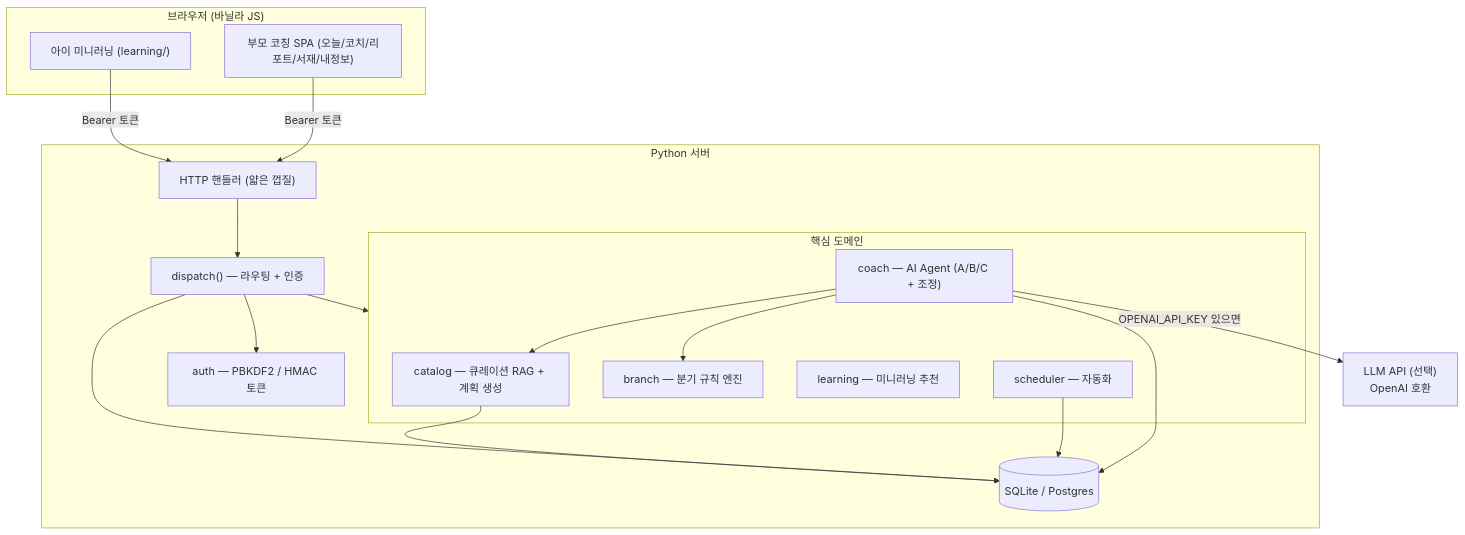
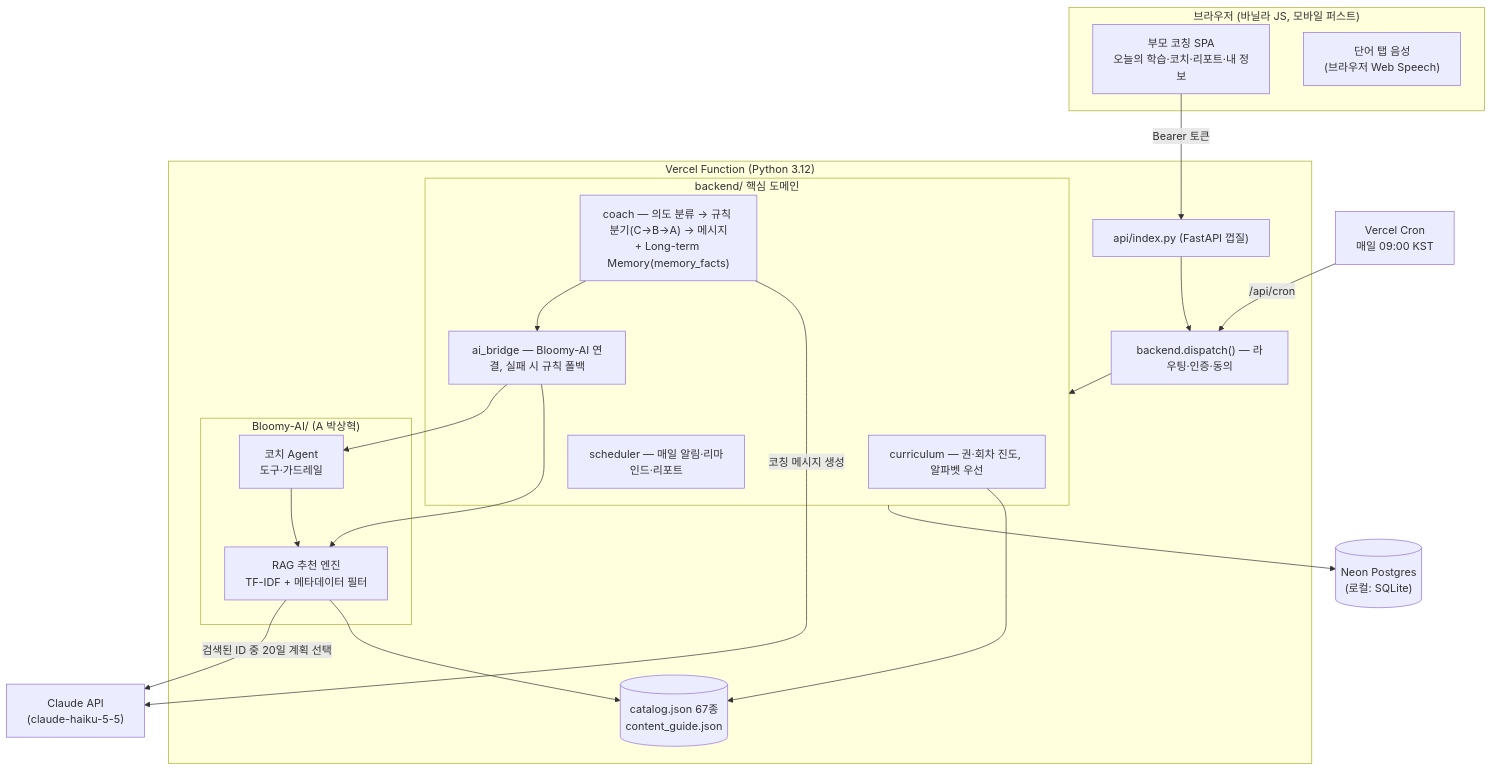
One commit to harold-llm/codyssey-native-C03_final changed the first of 2 diagrams in 02-요구-명세서.md. Above: the diagram before and after it, drawn with Mermaid. The commit also changed other lines of this file and 2 other files, not shown here.

Commit message:
docs: README 미션 형식 보강, 사용자 테스트 집계, 아키텍처 갱신
- README: 링크(배포 URL·문서), 핵심 AI 활용, 사용자 테스트 결과, 기술 선정 이유 추가, 오래된 숫자(62→67, 88→123)와 OpenAI 안내 수정
- docs/user-test.md: 실사용 보호자 5명 집계와 의견별 반영 결과
- 02-요구-명세서 §4: 실제 배포 구성(Vercel·Neon·Claude·Bloomy-AI)으로 아키텍처 갱신

````diff
--- a/02-요구-명세서.md
+++ b/02-요구-명세서.md
@@ -81,36 +83,40 @@
 ```mermaid
 flowchart TD
-    subgraph Client["브라우저 (바닐라 JS)"]
-        UI["부모 코칭 SPA (오늘/코치/리포트/서재/내정보)"]
-        LEARN["아이 미니러닝 (learning/)"]
+    subgraph Client["브라우저 (바닐라 JS, 모바일 퍼스트)"]
+        UI["부모 코칭 SPA<br/>오늘의 학습·코치·리포트·내 정보"]
+        TTS["단어 탭 음성<br/>(브라우저 Web Speech)"]
     end
 
-    subgraph Server["Python 서버"]
-        HTTP["HTTP 핸들러 (얇은 껍질)"]
-        DISP["dispatch() — 라우팅 + 인증"]
-        AUTH["auth — PBKDF2 / HMAC 토큰"]
-        subgraph Core["핵심 도메인"]
-            CAT["catalog — 큐레이션 RAG + 계획 생성"]
-            COACH["coach — AI Agent (A/B/C + 조정)"]
-            BR["branch — 분기 규칙 엔진"]
-            LRN["learning — 미니러닝 추천"]
-            SCH["scheduler — 자동화"]
+    subgraph Vercel["Vercel Function (Python 3.12)"]
+        API["api/index.py (FastAPI 껍질)"]
+        DISP["backend.dispatch() — 라우팅·인증·동의"]
+        subgraph Core["backend/ 핵심 도메인"]
+            CUR["curriculum — 권·회차 진도, 알파벳 우선"]
+            COACH["coach — 의도 분류 → 규칙 분기(C→B→A) → 메시지<br/>+ Long-term Memory(memory_facts)"]
+            BRIDGE["ai_bridge — Bloomy-AI 연결, 실패 시 규칙 폴백"]
+            SCH["scheduler — 매일 알림·리마인드·리포트"]
         end
-        STORE[("SQLite / Postgres")]
+        subgraph AI["Bloomy-AI/ (A 박상혁)"]
+            RAG["RAG 추천 엔진<br/>TF-IDF + 메타데이터 필터"]
+            AGENT["코치 Agent<br/>도구·가드레일"]
+        end
+        DATA[("catalog.json 67종<br/>content_guide.json")]
     end
 
-    LLM["LLM API (선택)\nOpenAI 호환"]
+    DB[("Neon Postgres<br/>(로컬: SQLite)")]
+    LLM["Claude API<br/>(claude-haiku-5-5)"]
+    CRON["Vercel Cron<br/>매일 09:00 KST"]
 
-    UI -->|Bearer 토큰| HTTP
-    LEARN -->|Bearer 토큰| HTTP
-    HTTP --> DISP
-    DISP --> AUTH
+    UI -->|Bearer 토큰| API --> DISP
     DISP --> Core
-    COACH -->|"OPENAI_API_KEY 있으면"| LLM
-    COACH --> CAT
-    COACH --> BR
-    COACH --> STORE
-    SCH --> STORE
-    DISP --> STORE
-    CAT --> STORE
+    BRIDGE --> RAG
+    BRIDGE --> AGENT
+    RAG --> DATA
+    AGENT --> RAG
+    RAG -->|"검색된 ID 중 20일 계획 선택"| LLM
+    COACH -->|"코칭 메시지 생성"| LLM
+    COACH --> BRIDGE
+    CUR --> DATA
+    Core --> DB
+    CRON -->|/api/cron| DISP
 ```
````
